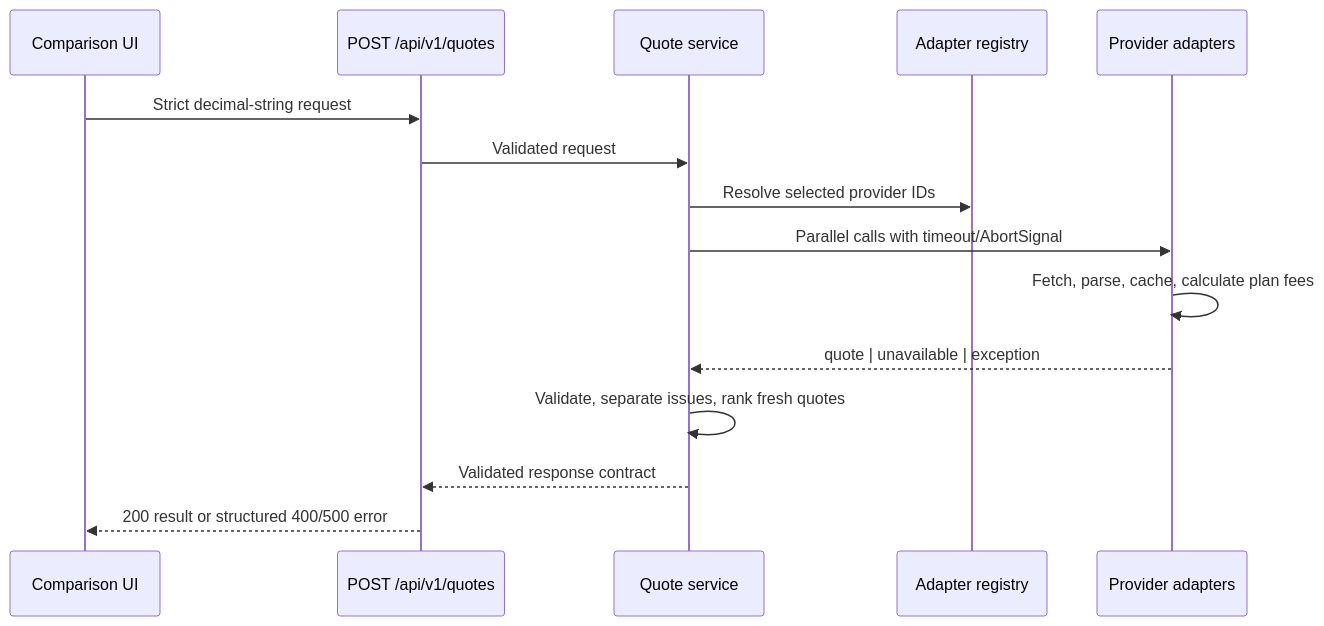
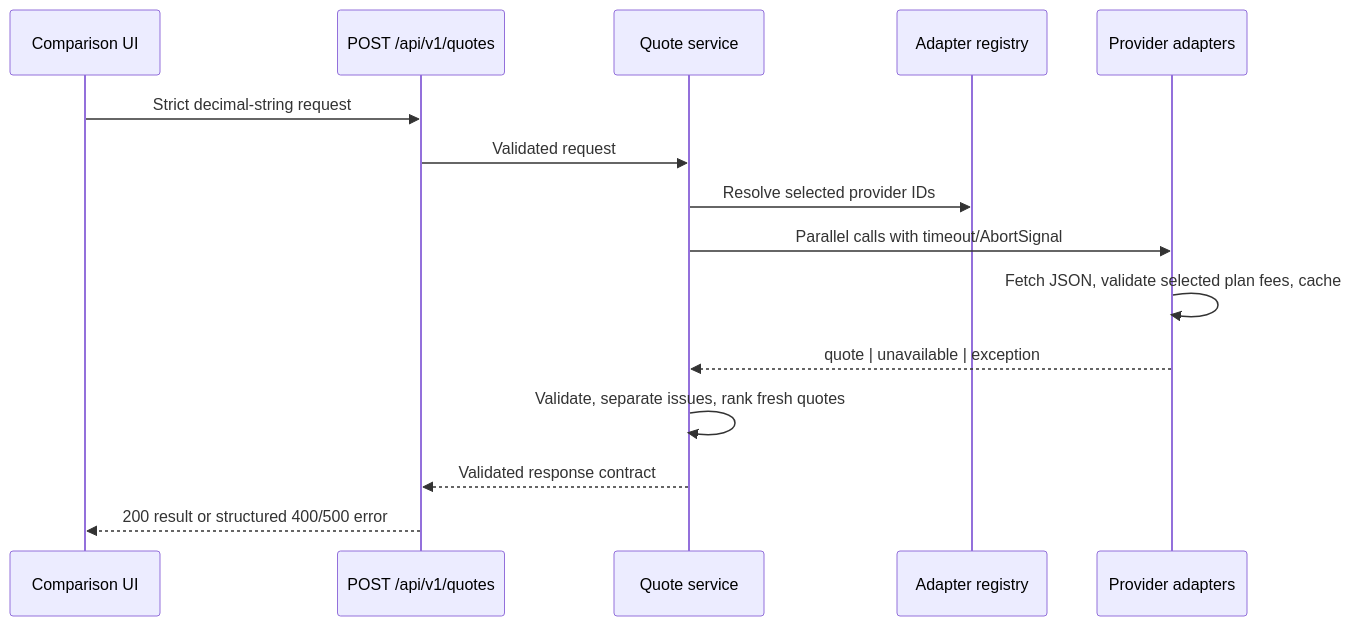
Before and after one commit to Busaman/exchangerates: the second of 2 diagrams in ARCHITECTURE.md, drawn with Mermaid. The commit also changed other lines of this file and 31 other files, not shown here.

````diff
--- a/ARCHITECTURE.md
+++ b/ARCHITECTURE.md
@@ -122,17 +124,17 @@
 ```mermaid
 sequenceDiagram
   participant UI as Comparison UI
   participant API as POST /api/v1/quotes
   participant S as Quote service
   participant R as Adapter registry
   participant A as Provider adapters
   UI->>API: Strict decimal-string request
   API->>S: Validated request
   S->>R: Resolve selected provider IDs
   S->>A: Parallel calls with timeout/AbortSignal
-  A->>A: Fetch, parse, cache, calculate plan fees
+  A->>A: Fetch JSON, validate selected plan fees, cache
   A-->>S: quote | unavailable | exception
   S->>S: Validate, separate issues, rank fresh quotes
   S-->>API: Validated response contract
   API-->>UI: 200 result or structured 400/500 error
 ```
````
